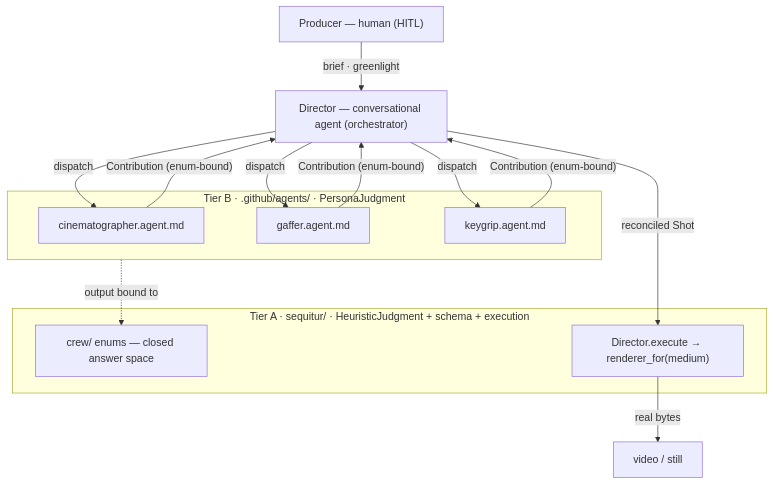
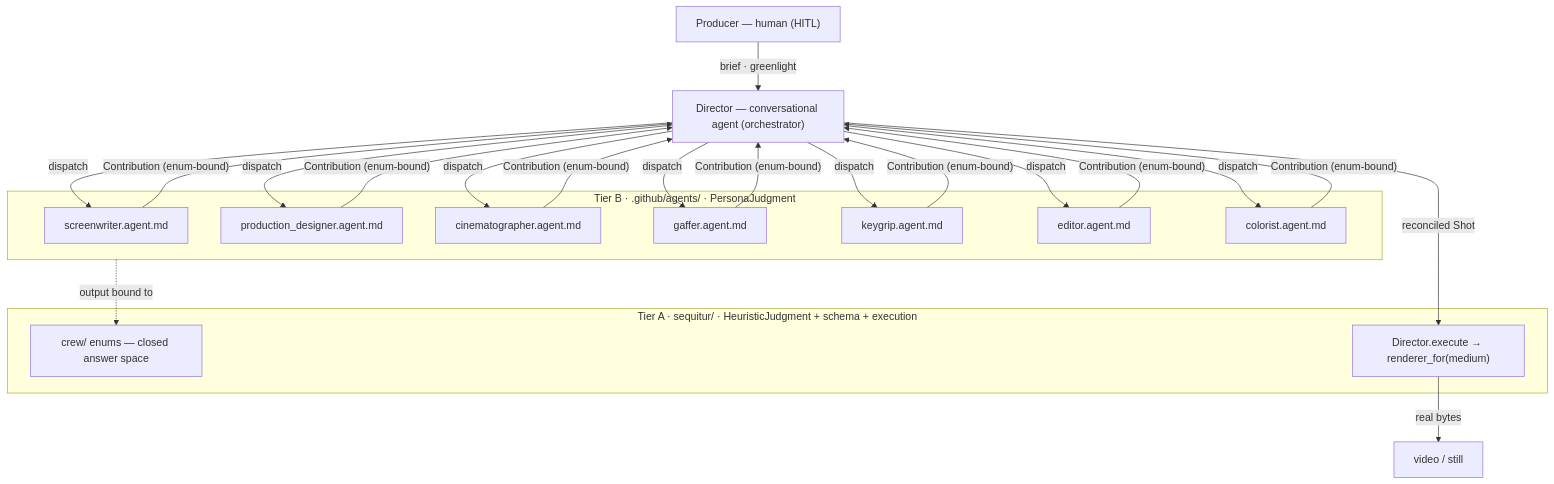
One commit to HarryJamesGreenblatt/sequitur_studios changed the third of 3 diagrams in context/architecture.md. Above: the diagram before and after it, drawn with Mermaid. The commit also changed other lines of this file and 9 other files, not shown here.

First line of the commit message:
0046: build the Production Designer -- the last crew seat

````diff
--- a/context/architecture.md
+++ b/context/architecture.md
@@ -426,20 +426,24 @@
 ```mermaid
 flowchart TB
     PROD["Producer — human (HITL)"]
     DIR["Director — conversational agent (orchestrator)"]
     subgraph B["Tier B · .github/agents/ · PersonaJudgment"]
+        SCR["screenwriter.agent.md"]
+        PDS["production_designer.agent.md"]
         CIN["cinematographer.agent.md"]
         GAF["gaffer.agent.md"]
         GRP["keygrip.agent.md"]
+        EDT["editor.agent.md"]
+        COL["colorist.agent.md"]
     end
     subgraph A["Tier A · sequitur/ · HeuristicJudgment + schema + execution"]
         ENUMS["crew/ enums — closed answer space"]
         HOOK["Director.execute → renderer_for(medium)"]
     end
     PROD -->|"brief · greenlight"| DIR
-    DIR -->|"dispatch"| CIN & GAF & GRP
-    CIN & GAF & GRP -->|"Contribution (enum-bound)"| DIR
+    DIR -->|"dispatch"| SCR & PDS & CIN & GAF & GRP & EDT & COL
+    SCR & PDS & CIN & GAF & GRP & EDT & COL -->|"Contribution (enum-bound)"| DIR
     B -.->|"output bound to"| ENUMS
     DIR -->|"reconciled Shot"| HOOK
     HOOK -->|"real bytes"| OUT["video / still"]
 ```
````
